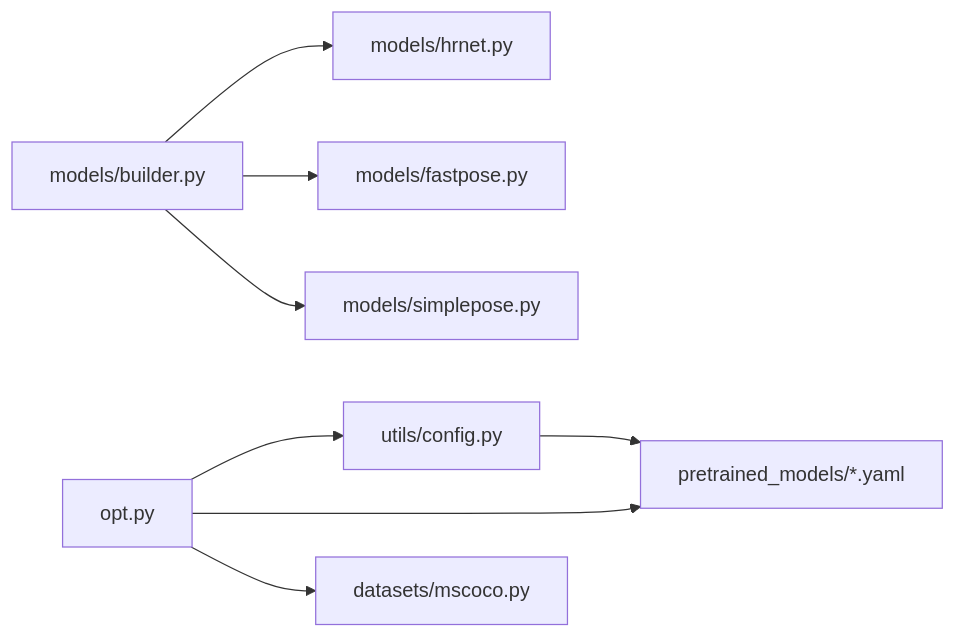
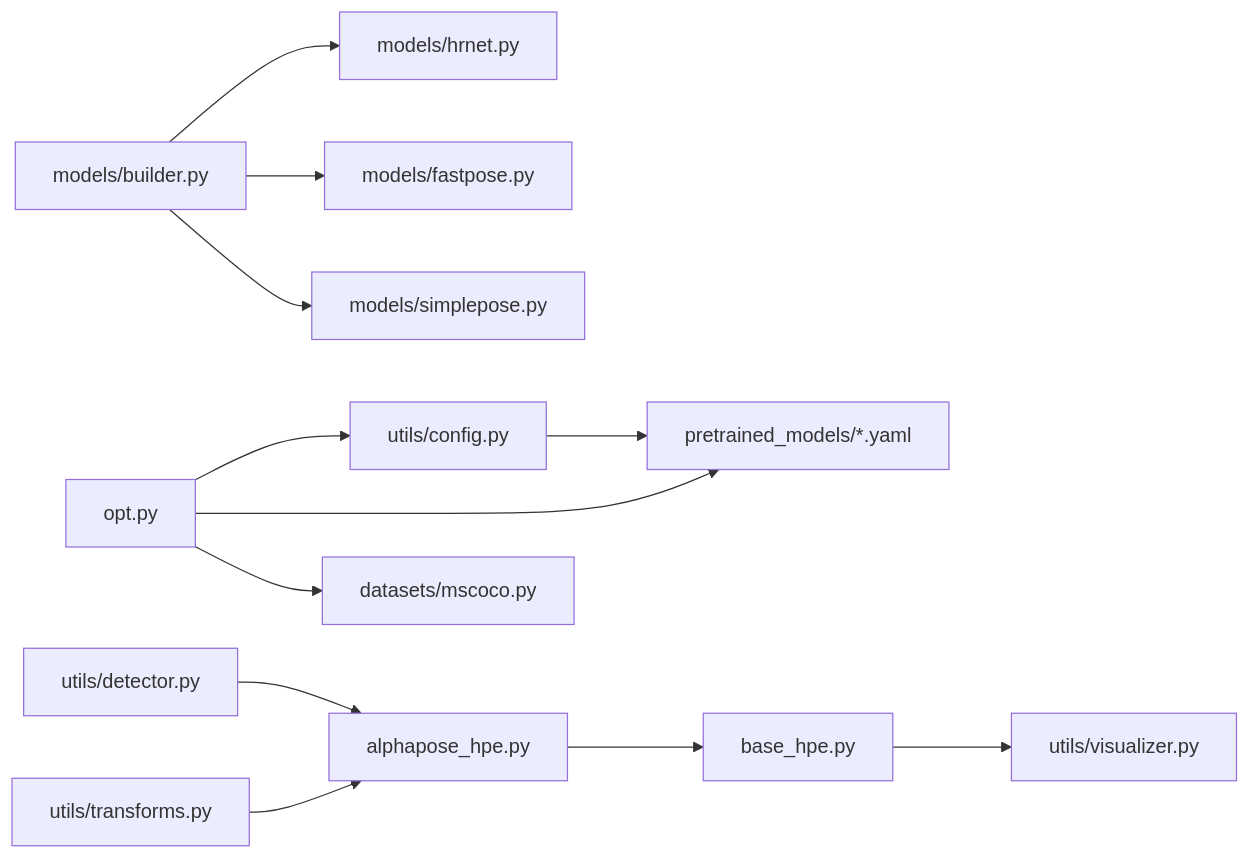
Before and after one commit to Fogus-Gr/MeasurementsDTs: the tenth of 10 diagrams in .qoder/repowiki/en/content/Model Implementations/AlphaPose Implementation.md, drawn with Mermaid. The commit also changed other lines of this file and 12 other files, not shown here.

````diff
--- a/.qoder/repowiki/en/content/Model Implementations/AlphaPose Implementation.md
+++ b/.qoder/repowiki/en/content/Model Implementations/AlphaPose Implementation.md
@@ -275,10 +366,14 @@
 ```mermaid
 graph LR
 Opt["opt.py"] --> Cfg["utils/config.py"]
 Opt --> Yml["pretrained_models/*.yaml"]
 Cfg --> Yml
 Builder["models/builder.py"] --> HR["models/hrnet.py"]
 Builder --> FP["models/fastpose.py"]
 Builder --> SP["models/simplepose.py"]
 Opt --> Data["datasets/mscoco.py"]
+Det["utils/detector.py"] --> Post["alphapose_hpe.py"]
+Trans["utils/transforms.py"] --> Post
+Post --> Base["base_hpe.py"]
+Base --> Vis["utils/visualizer.py"]
 ```
````
